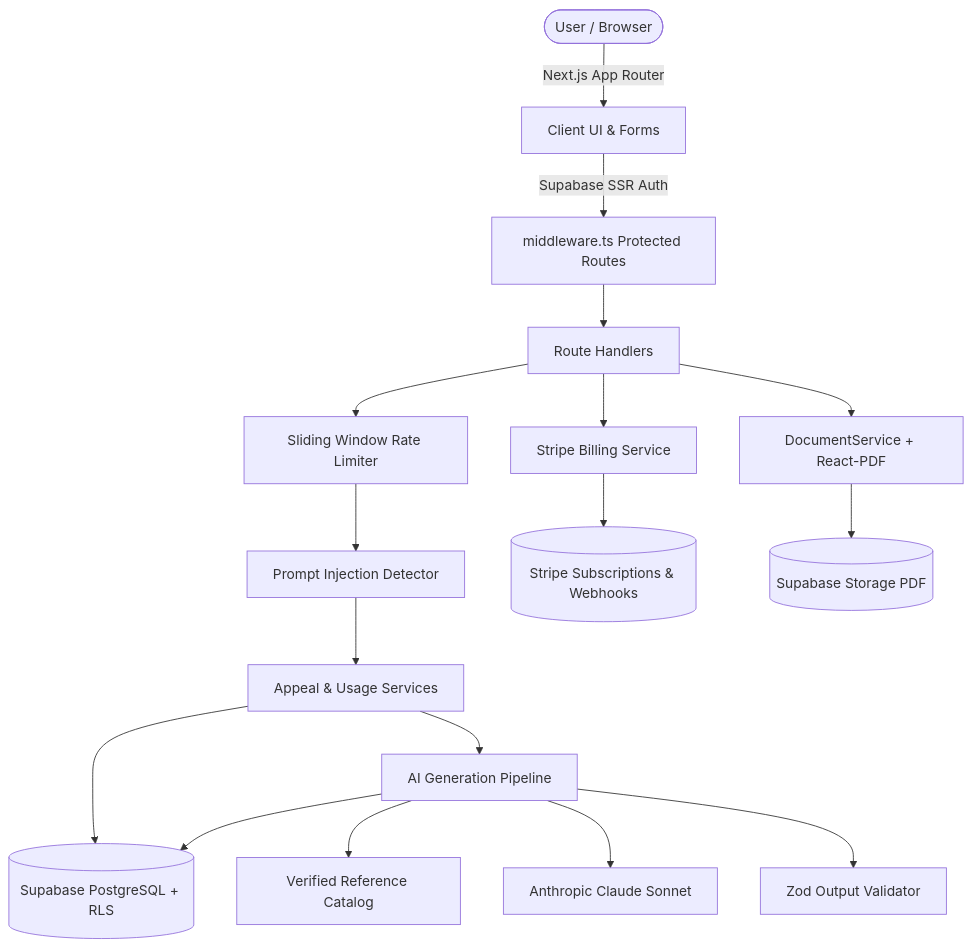
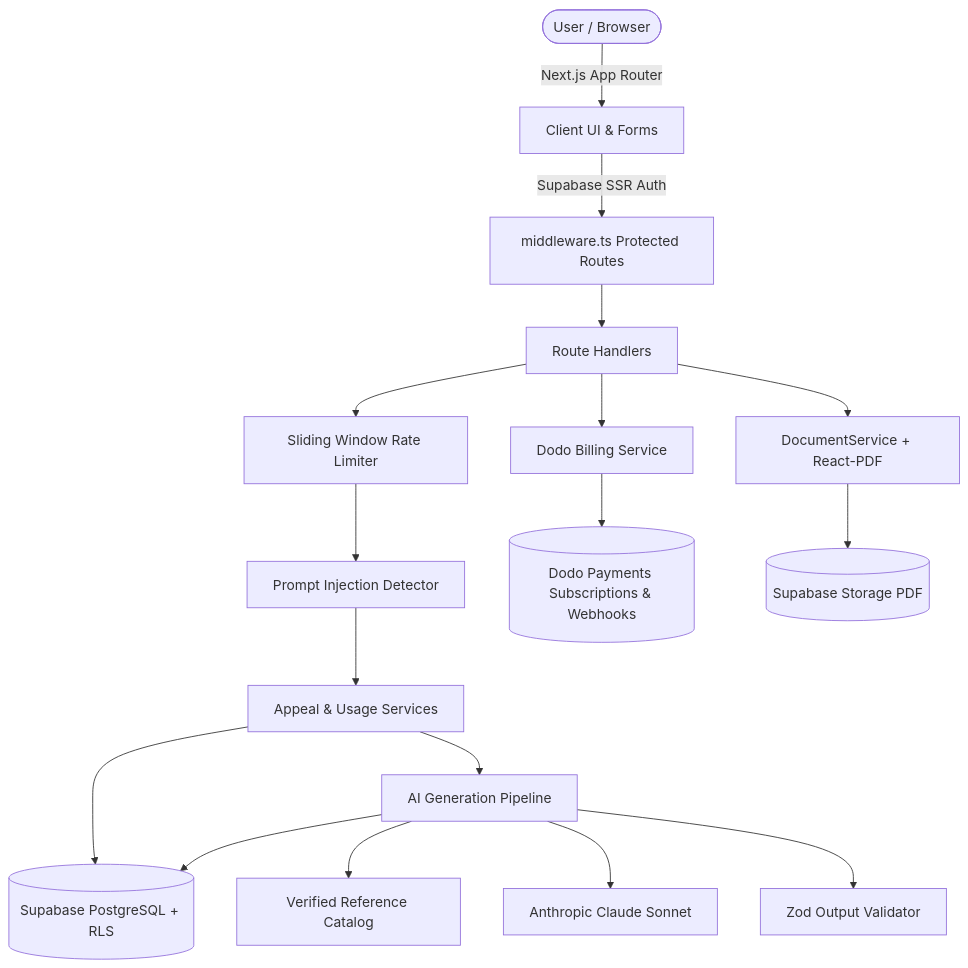
The diagram in README.md (trivedi-stan/claimappeal-ai), drawn with Mermaid before and after one commit. The commit also changed other lines of this file and 7 other files, not shown here.

Commit message:
chore: remove stripe dependencies and legacy files in favor of dodo payments

````diff
--- a/README.md
+++ b/README.md
@@ -51,19 +51,19 @@
 ```mermaid
 graph TD
     User([User / Browser]) -->|Next.js App Router| UI[Client UI & Forms]
     UI -->|Supabase SSR Auth| Middleware[middleware.ts Protected Routes]
     Middleware --> API[Route Handlers]
     API --> RateLimiter[Sliding Window Rate Limiter]
     RateLimiter --> InputSanitizer[Prompt Injection Detector]
     InputSanitizer --> AppealService[Appeal & Usage Services]
     AppealService --> SupabaseDB[(Supabase PostgreSQL + RLS)]
     AppealService --> AIService[AI Generation Pipeline]
     AIService --> ReferenceCatalog[Verified Reference Catalog]
     AIService --> AnthropicProvider[Anthropic Claude Sonnet]
     AIService --> OutputValidator[Zod Output Validator]
     AIService --> SupabaseDB
-    API --> BillingService[Stripe Billing Service]
-    BillingService --> Stripe[(Stripe Subscriptions & Webhooks)]
+    API --> BillingService[Dodo Billing Service]
+    BillingService --> Dodo[(Dodo Payments Subscriptions & Webhooks)]
     API --> DocService[DocumentService + React-PDF]
     DocService --> SupabaseStorage[(Supabase Storage PDF)]
 ```
````
